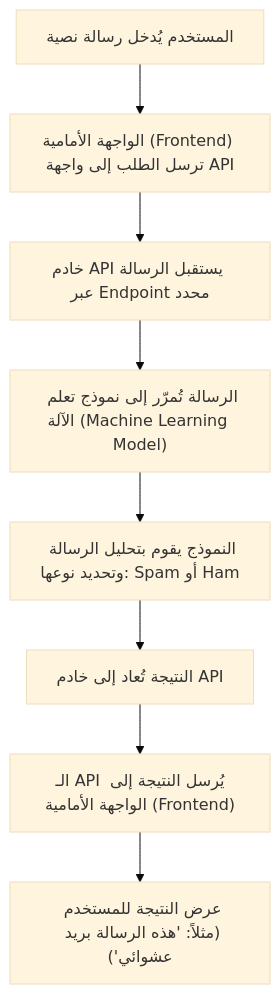
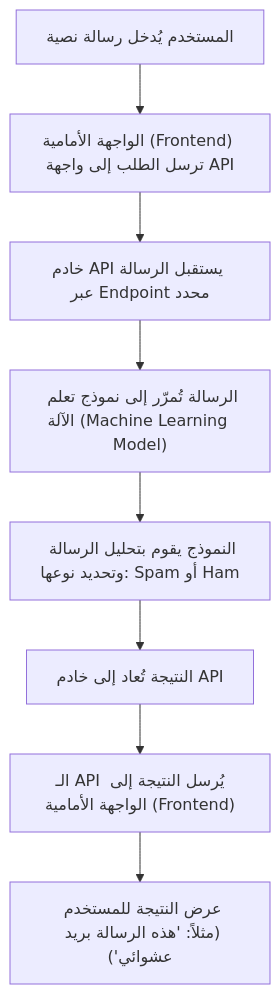
The diagram in README.md (YousefALsawraqie/spam_clf), drawn with Mermaid before and after one commit.

Commit message:
Added Readme file

````diff
--- a/README.md
+++ b/README.md
@@ -99,11 +99,18 @@
 ```mermaid
-%%{init: {'theme': 'base', 'themeVariables': { 'fontFamily': 'Arial'}}}%%
+%%{init: {'theme': 'base', 'themeVariables': {
+  'fontFamily': 'Arial',
+  'primaryColor': '#FFD700',       /* أصفر ذهبي */
+  'primaryBorderColor': '#FFA500', /* برتقالي */
+  'primaryTextColor': '#000000',   /* أسود */
+  'secondaryColor': '#87CEEB',     /* أزرق فاتح */
+  'tertiaryColor': '#98FB98'       /* أخضر فاتح */
+}}}%%
 flowchart TD
     A["المستخدم يُدخل رسالة نصية"] --> B["الواجهة الأمامية (Frontend) ترسل الطلب إلى واجهة API"]
     B --> C["خادم API يستقبل الرسالة عبر Endpoint محدد"]
     C --> D["الرسالة تُمرّر إلى نموذج تعلم الآلة (Machine Learning Model)"]
     D --> E["النموذج يقوم بتحليل الرسالة وتحديد نوعها: Spam أو Ham"]
     E --> F["النتيجة تُعاد إلى خادم API"]
     F --> G["الـ API يُرسل النتيجة إلى الواجهة الأمامية (Frontend)"]
     G --> H["عرض النتيجة للمستخدم (مثلاً: 'هذه الرسالة بريد عشوائي')"]
 ```
````
